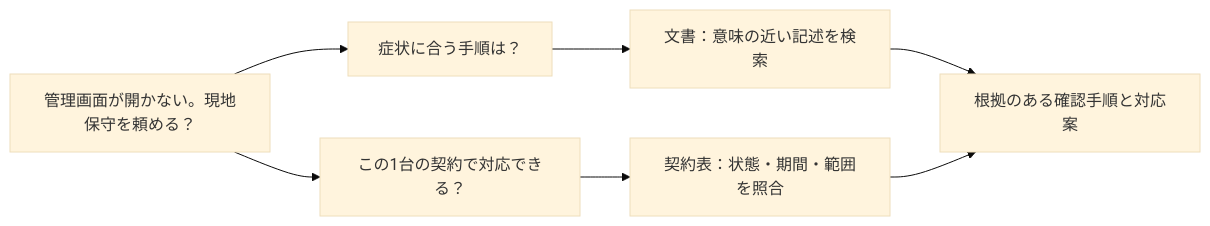
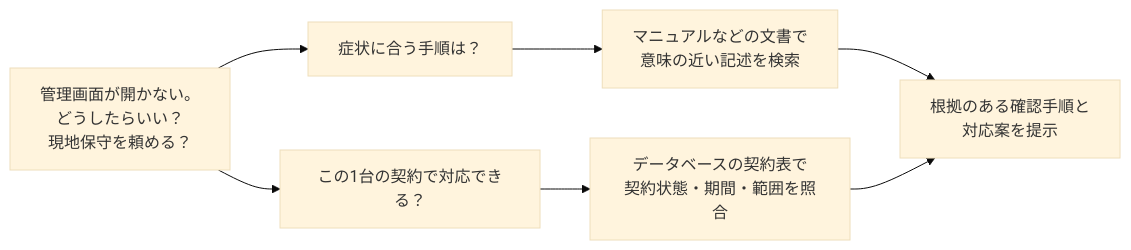
Before and after one commit to kutsushitaneko/orajam41-in-database-ai-demo: the first of 4 diagrams in article/qiita.md, drawn with Mermaid (base theme). The commit also changed other lines of this file and 2 other files, not shown here.

````diff
--- a/article/qiita.md
+++ b/article/qiita.md
@@ -43,10 +72,10 @@
 ```mermaid
 flowchart LR
-    Q["管理画面が開かない。現地保守を頼める？"]
+    Q["管理画面が開かない。<br>どうしたらいい？<br>現地保守を頼める？"]
     Q --> P["症状に合う手順は？"]
     Q --> C["この1台の契約で対応できる？"]
-    P --> D["文書：意味の近い記述を検索"]
-    C --> R["契約表：状態・期間・範囲を照合"]
-    D --> A["根拠のある確認手順と対応案"]
+    P --> D["マニュアルなどの文書で<br>意味の近い記述を検索"]
+    C --> R["データベースの契約表で<br>契約状態・期間・範囲を照合"]
+    D --> A["根拠のある確認手順と<br>対応案を提示"]
     R --> A
 ```
````
